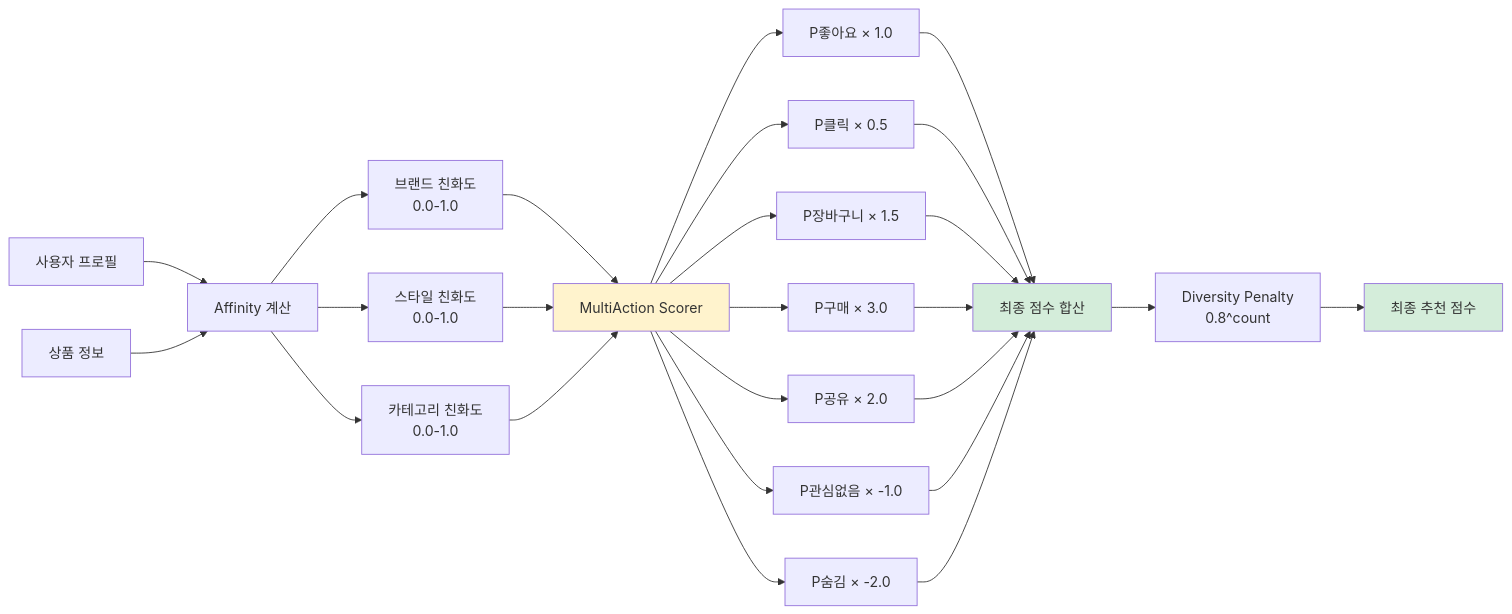
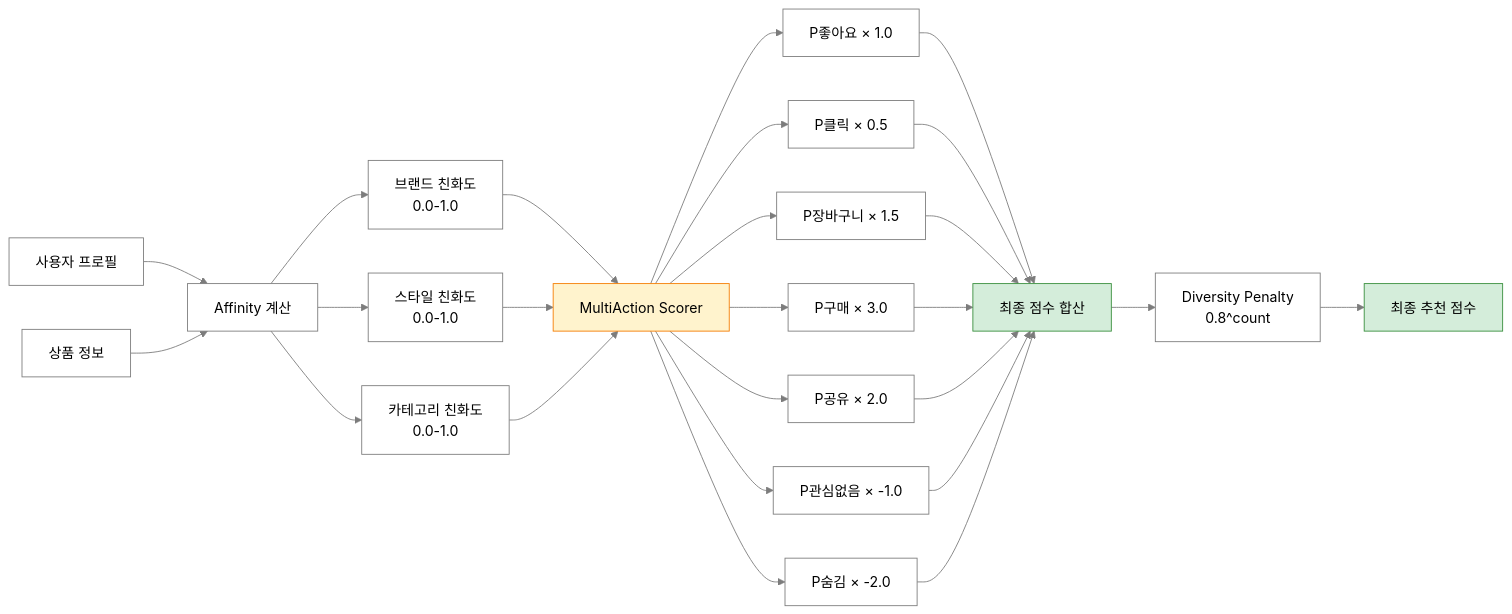
The second of 4 diagrams in README.md (01seok/mini-project-recommend), drawn with Mermaid before and after one commit. The commit also changed other lines of this file and 6 other files, not shown here.

First line of the commit message:
[DOCS] docs: Mermaid 다크모드 대응 및 시퀀스 간략화

````diff
--- a/README.md
+++ b/README.md
@@ -229,36 +230,37 @@
 ```mermaid
+%%{init: {'theme':'base', 'themeVariables': {'primaryColor':'#ffffff', 'primaryTextColor':'#000000', 'primaryBorderColor':'#7C7C7C', 'lineColor':'#7C7C7C', 'secondaryColor':'#f0f0f0', 'tertiaryColor':'#ffffff', 'background':'#ffffff', 'mainBkg':'#ffffff', 'secondBkg':'#f0f0f0', 'edgeLabelBackground':'#ffffff'}}}%%
 graph LR
     A[사용자 프로필] --> B[Affinity 계산]
     C[상품 정보] --> B
 
     B --> D[브랜드 친화도<br/>0.0-1.0]
     B --> E[스타일 친화도<br/>0.0-1.0]
     B --> F[카테고리 친화도<br/>0.0-1.0]
 
     D --> G[MultiAction Scorer]
     E --> G
     F --> G
 
     G --> H1[P좋아요 × 1.0]
     G --> H2[P클릭 × 0.5]
     G --> H3[P장바구니 × 1.5]
     G --> H4[P구매 × 3.0]
     G --> H5[P공유 × 2.0]
     G --> H6[P관심없음 × -1.0]
     G --> H7[P숨김 × -2.0]
 
     H1 --> I[최종 점수 합산]
     H2 --> I
     H3 --> I
     H4 --> I
     H5 --> I
     H6 --> I
     H7 --> I
 
     I --> J[Diversity Penalty<br/>0.8^count]
     J --> K[최종 추천 점수]
 
-    style G fill:#fff3cd
-    style I fill:#d4edda
-    style K fill:#d4edda
+    style G fill:#fff3cd,stroke:#f57c00
+    style I fill:#d4edda,stroke:#388e3c
+    style K fill:#d4edda,stroke:#388e3c
 ```
````
